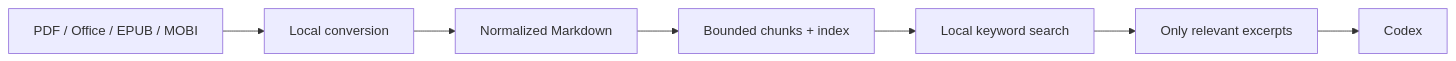
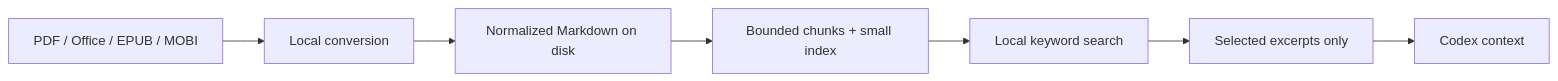
Before and after one commit to Quotable-mimus510/codex-document-prep: the diagram in README.md, drawn with Mermaid. The commit also changed other lines of this file and 15 other files, not shown here.

````diff
--- a/README.md
+++ b/README.md
@@ -26,9 +71,9 @@
 ```mermaid
 flowchart LR
     A["PDF / Office / EPUB / MOBI"] --> B["Local conversion"]
-    B --> C["Normalized Markdown"]
-    C --> D["Bounded chunks + index"]
+    B --> C["Normalized Markdown on disk"]
+    C --> D["Bounded chunks + small index"]
     D --> E["Local keyword search"]
-    E --> F["Only relevant excerpts"]
-    F --> G["Codex"]
+    E --> F["Selected excerpts only"]
+    F --> G["Codex context"]
 ```
````
